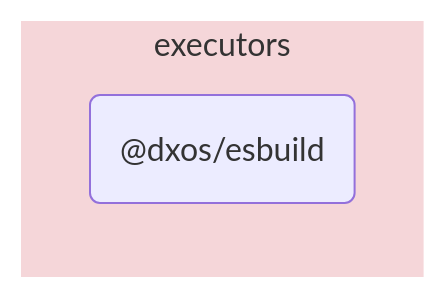
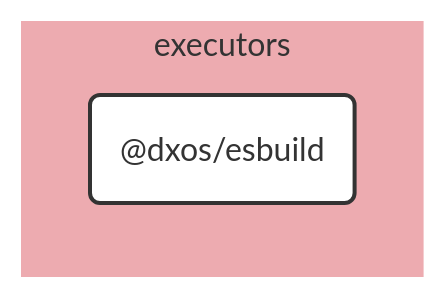
Before and after one commit to dxos/dxos: the diagram in tools/executors/esbuild/docs/README.md, drawn with Mermaid. The commit also changed other lines of this file and 109 other files, not shown here.

````diff
--- a/tools/executors/esbuild/docs/README.md
+++ b/tools/executors/esbuild/docs/README.md
@@ -5,9 +7,25 @@
 ```mermaid
-flowchart LR;
+%%{ init: {'flowchart':{'curve':'basis'}} }%%
 
+flowchart LR
+
+%% Links
+
+%% Sections
 subgraph executors
-  style executors fill:#f5d6d9,stroke:#fff;
-  dxos/esbuild("@dxos/esbuild");
+  style executors fill:#edabb0,stroke:#fff;
+
+  dxos/esbuild("@dxos/esbuild")
 end
 
+
+%% Hyperlinks
+
+%% Styles
+classDef rootNode fill:#fff,stroke:#333,stroke-width:2px
+classDef defaultNode fill:#fff,stroke:#333,stroke-width:1px
+linkStyle default stroke:#333,stroke-width:1px
+
+dxos/esbuild:::rootNode
+
 ```
````
